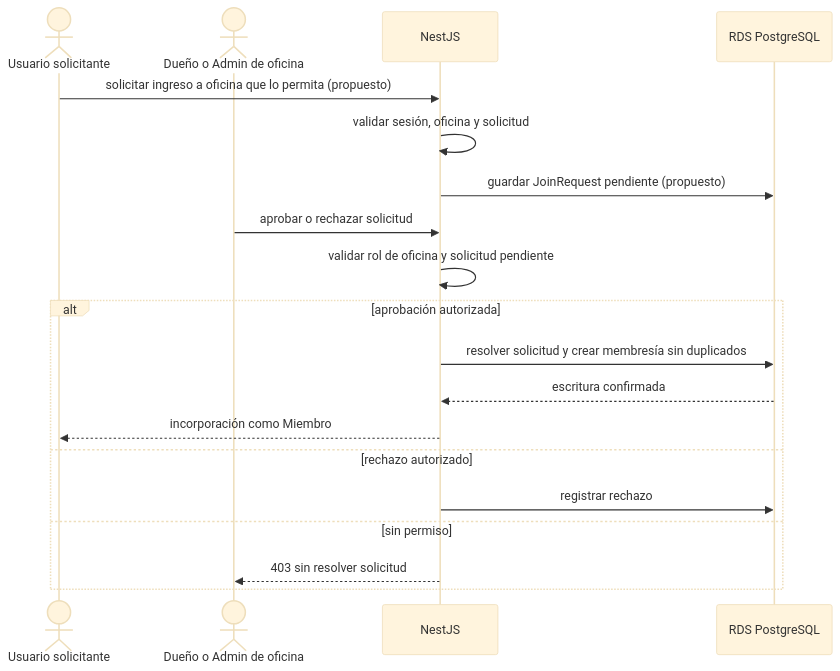
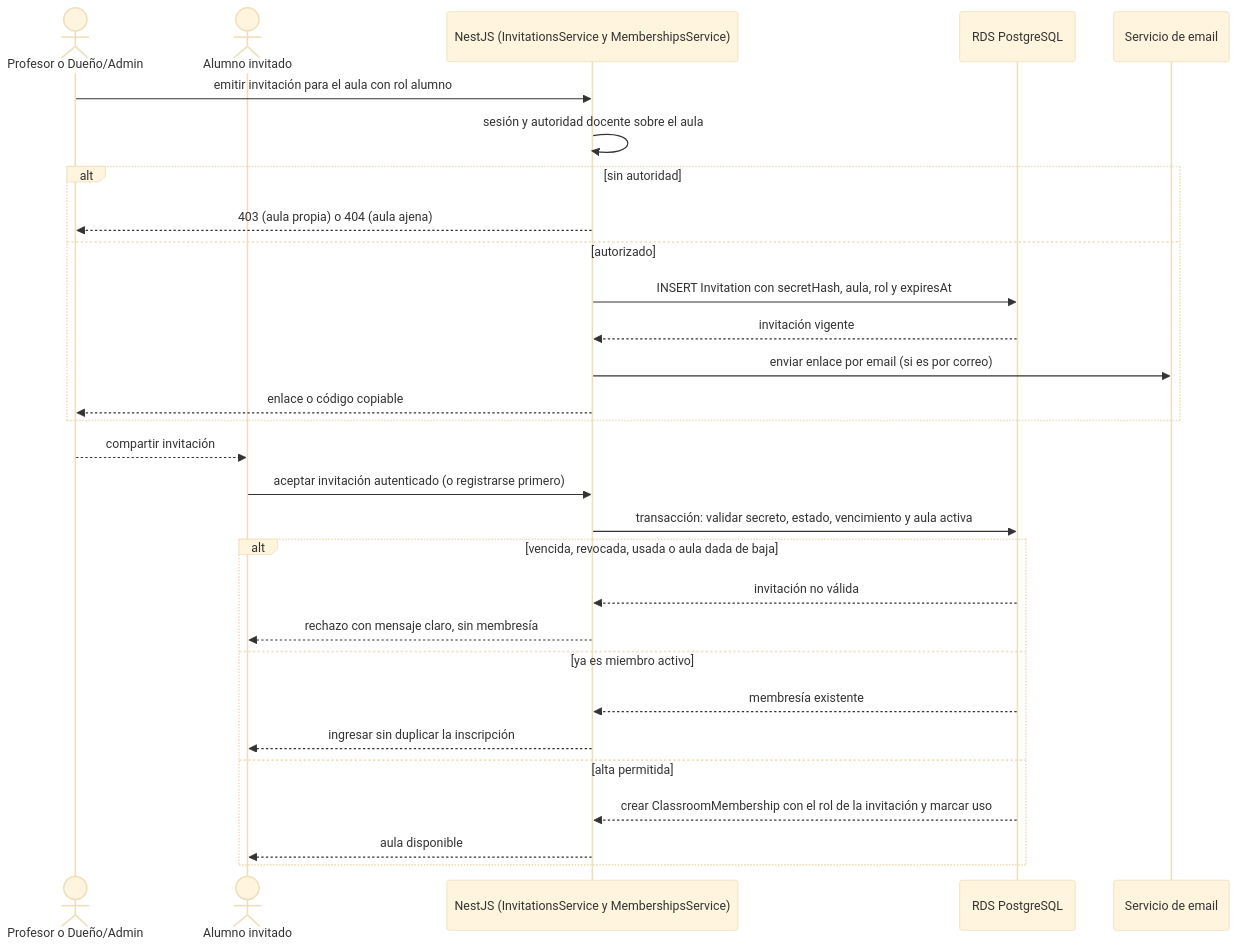
One commit to Agustin742/integratec-final-back changed the second of 6 diagrams in docs/diagrams/04-behavioral/admin-flows.md. Above: the diagram before and after it, drawn with Mermaid (base theme). The commit also changed other lines of this file and 4 other files, not shown here.

Commit message:
docs(diagrams): realign use cases and behavioral flows with the school niche model

````diff
--- a/docs/diagrams/04-behavioral/admin-flows.md
+++ b/docs/diagrams/04-behavioral/admin-flows.md
@@ -61,22 +57,32 @@
 ```mermaid
 sequenceDiagram
-    actor user as Usuario solicitante
-    actor manager as Dueño o Admin de oficina
-    participant api as NestJS
+    actor teacher as Profesor o Dueño/Admin
+    actor guest as Alumno invitado
+    participant api as NestJS (InvitationsService y MembershipsService)
     participant db as RDS PostgreSQL
+    participant mail as Servicio de email
 
-    user->>api: solicitar ingreso a oficina que lo permita (propuesto)
-    api->>api: validar sesión, oficina y solicitud
-    api->>db: guardar JoinRequest pendiente (propuesto)
-    manager->>api: aprobar o rechazar solicitud
-    api->>api: validar rol de oficina y solicitud pendiente
-    alt aprobación autorizada
-        api->>db: resolver solicitud y crear membresía sin duplicados
-        db-->>api: escritura confirmada
-        api-->>user: incorporación como Miembro
-    else rechazo autorizado
-        api->>db: registrar rechazo
-    else sin permiso
-        api-->>manager: 403 sin resolver solicitud
+    teacher->>api: emitir invitación para el aula con rol alumno
+    api->>api: sesión y autoridad docente sobre el aula
+    alt sin autoridad
+        api-->>teacher: 403 (aula propia) o 404 (aula ajena)
+    else autorizado
+        api->>db: INSERT Invitation con secretHash, aula, rol y expiresAt
+        db-->>api: invitación vigente
+        api->>mail: enviar enlace por email (si es por correo)
+        api-->>teacher: enlace o código copiable
+    end
+    teacher-->>guest: compartir invitación
+    guest->>api: aceptar invitación autenticado (o registrarse primero)
+    api->>db: transacción: validar secreto, estado, vencimiento y aula activa
+    alt vencida, revocada, usada o aula dada de baja
+        db-->>api: invitación no válida
+        api-->>guest: rechazo con mensaje claro, sin membresía
+    else ya es miembro activo
+        db-->>api: membresía existente
+        api-->>guest: ingresar sin duplicar la inscripción
+    else alta permitida
+        db-->>api: crear ClassroomMembership con el rol de la invitación y marcar uso
+        api-->>guest: aula disponible
     end
 ```
````
